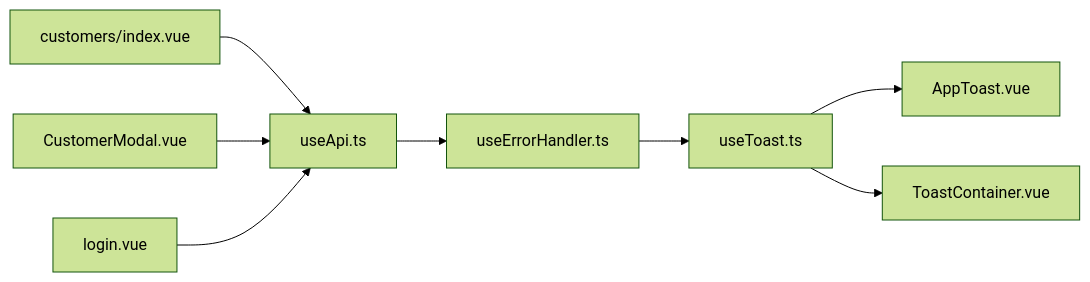
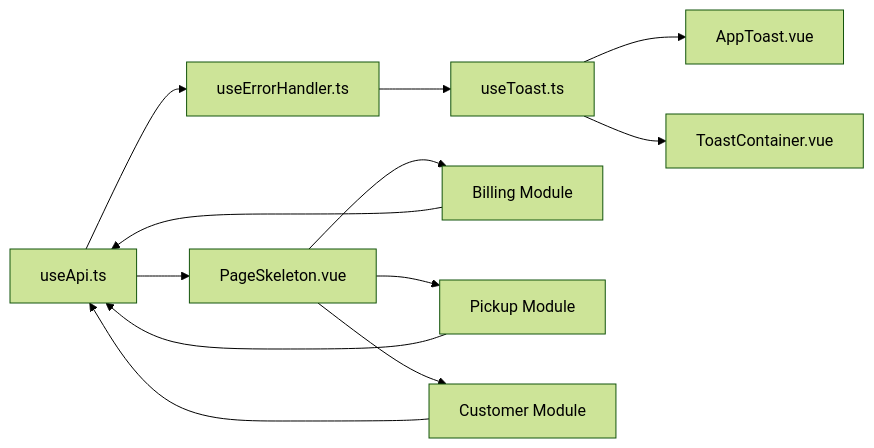
Before and after one commit to Lazynerd-Studios/lacarte-atlas-console: the eighth of 8 diagrams in .qoder/repowiki/en/content/Architecture & Design/API Integration & Communication.md, drawn with Mermaid (forest theme). The commit also changed other lines of this file and 14 other files, not shown here.

````diff
--- a/.qoder/repowiki/en/content/Architecture & Design/API Integration & Communication.md
+++ b/.qoder/repowiki/en/content/Architecture & Design/API Integration & Communication.md
@@ -371,10 +568,14 @@
 ```mermaid
 graph LR
 useApi["useApi.ts"] --> useErrorHandler["useErrorHandler.ts"]
 useErrorHandler --> useToast["useToast.ts"]
 useToast --> AppToast["AppToast.vue"]
 useToast --> ToastContainer["ToastContainer.vue"]
-CustomersIndex["customers/index.vue"] --> useApi
-CustomerModal["CustomerModal.vue"] --> useApi
-Login["login.vue"] --> useApi
+useApi --> PageSkeleton["PageSkeleton.vue"]
+PageSkeleton --> BillingModule["Billing Module"]
+PageSkeleton --> PickupModule["Pickup Module"]
+PageSkeleton --> CustomerModule["Customer Module"]
+BillingModule --> useApi
+PickupModule --> useApi
+CustomerModule --> useApi
 ```
````
